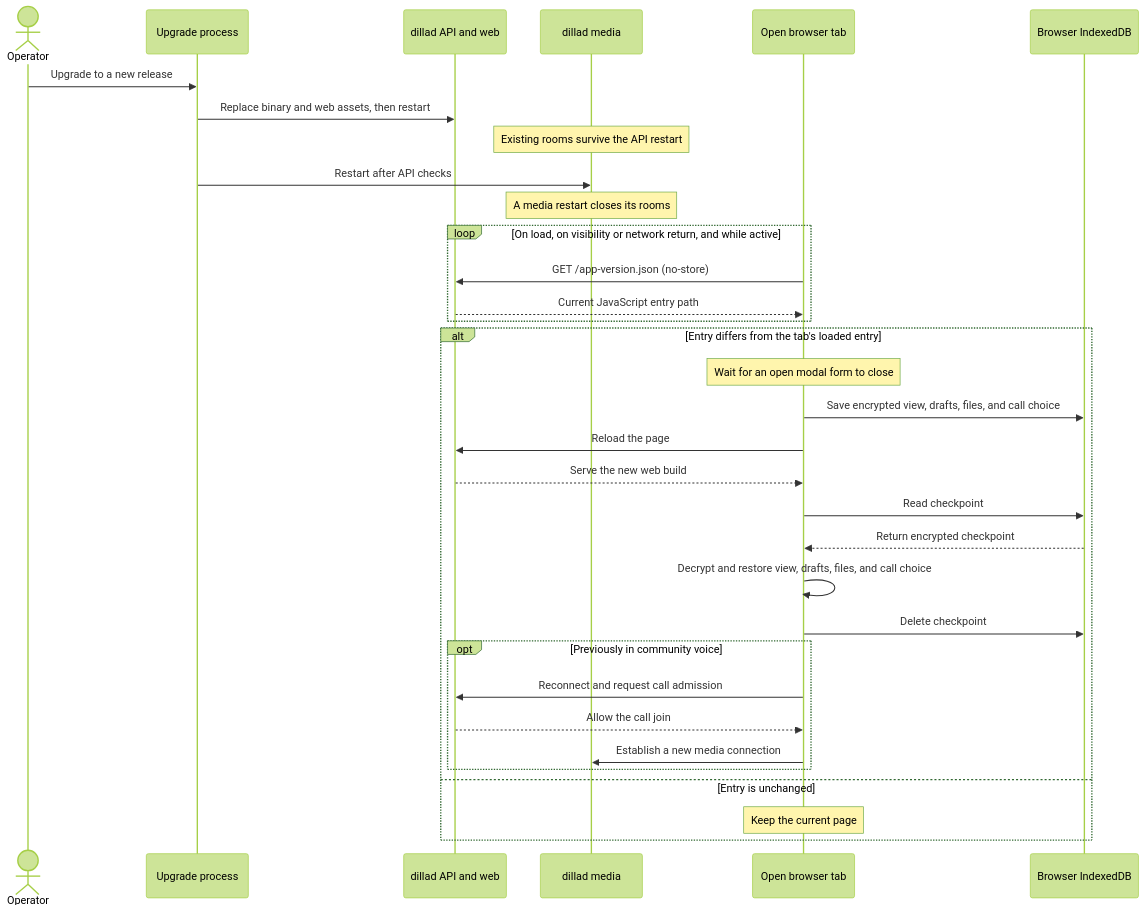
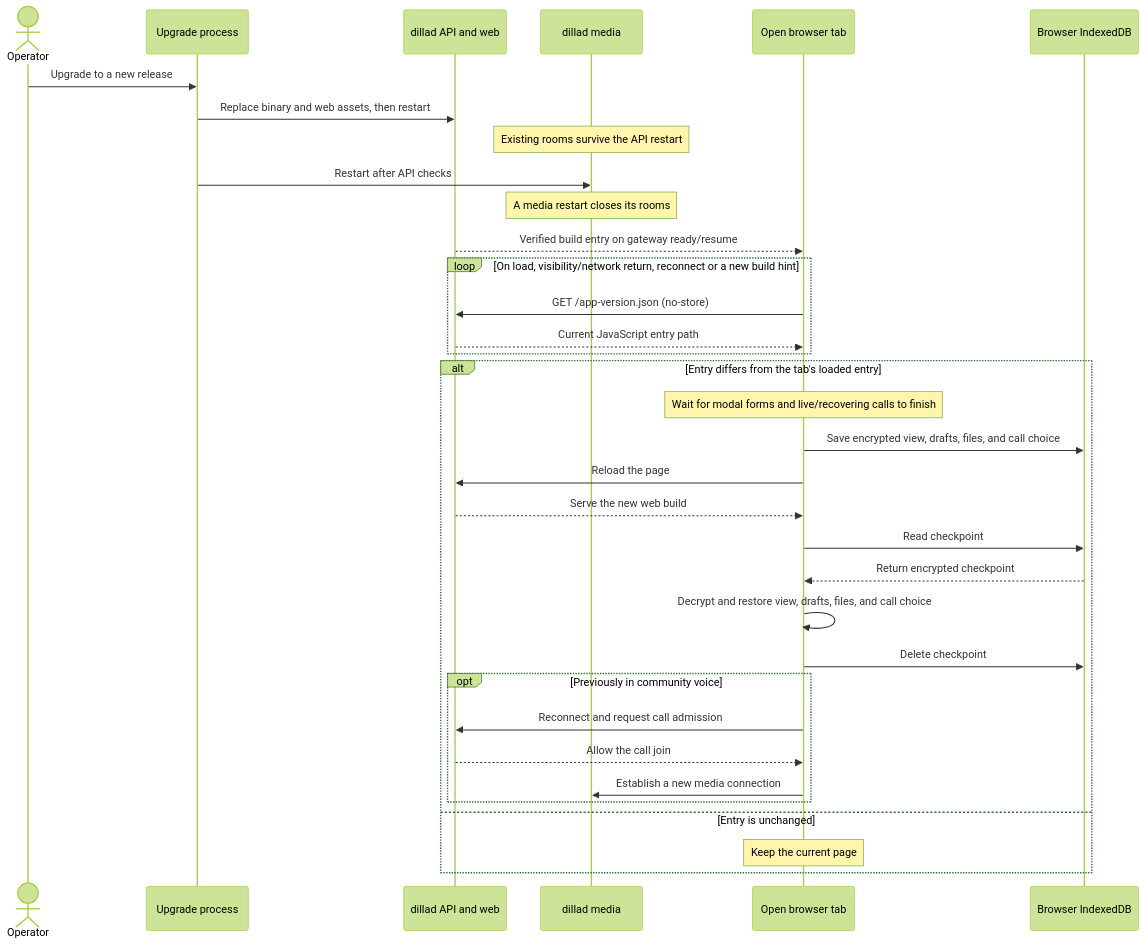
One commit to jonasthim/dilla changed the diagram in docs/deploy/README.md. Above: the diagram before and after it, drawn with Mermaid (forest theme). The commit also changed other lines of this file and 1 other file, not shown here.

````diff
--- a/docs/deploy/README.md
+++ b/docs/deploy/README.md
@@ -40,36 +40,37 @@
 ```mermaid
 sequenceDiagram
     actor Operator
     participant Rollout as Upgrade process
     participant API as dillad API and web
     participant Media as dillad media
     participant Tab as Open browser tab
     participant Store as Browser IndexedDB
 
     Operator->>Rollout: Upgrade to a new release
     Rollout->>API: Replace binary and web assets, then restart
     Note over Media: Existing rooms survive the API restart
     Rollout->>Media: Restart after API checks
     Note over Media: A media restart closes its rooms
-    loop On load, on visibility or network return, and while active
+    API-->>Tab: Verified build entry on gateway ready/resume
+    loop On load, visibility/network return, reconnect or a new build hint
         Tab->>API: GET /app-version.json (no-store)
         API-->>Tab: Current JavaScript entry path
     end
     alt Entry differs from the tab's loaded entry
-        Note over Tab: Wait for an open modal form to close
+        Note over Tab: Wait for modal forms and live/recovering calls to finish
         Tab->>Store: Save encrypted view, drafts, files, and call choice
         Tab->>API: Reload the page
         API-->>Tab: Serve the new web build
         Tab->>Store: Read checkpoint
         Store-->>Tab: Return encrypted checkpoint
         Tab->>Tab: Decrypt and restore view, drafts, files, and call choice
         Tab->>Store: Delete checkpoint
         opt Previously in community voice
             Tab->>API: Reconnect and request call admission
             API-->>Tab: Allow the call join
             Tab->>Media: Establish a new media connection
         end
     else Entry is unchanged
         Note over Tab: Keep the current page
     end
 ```
````
